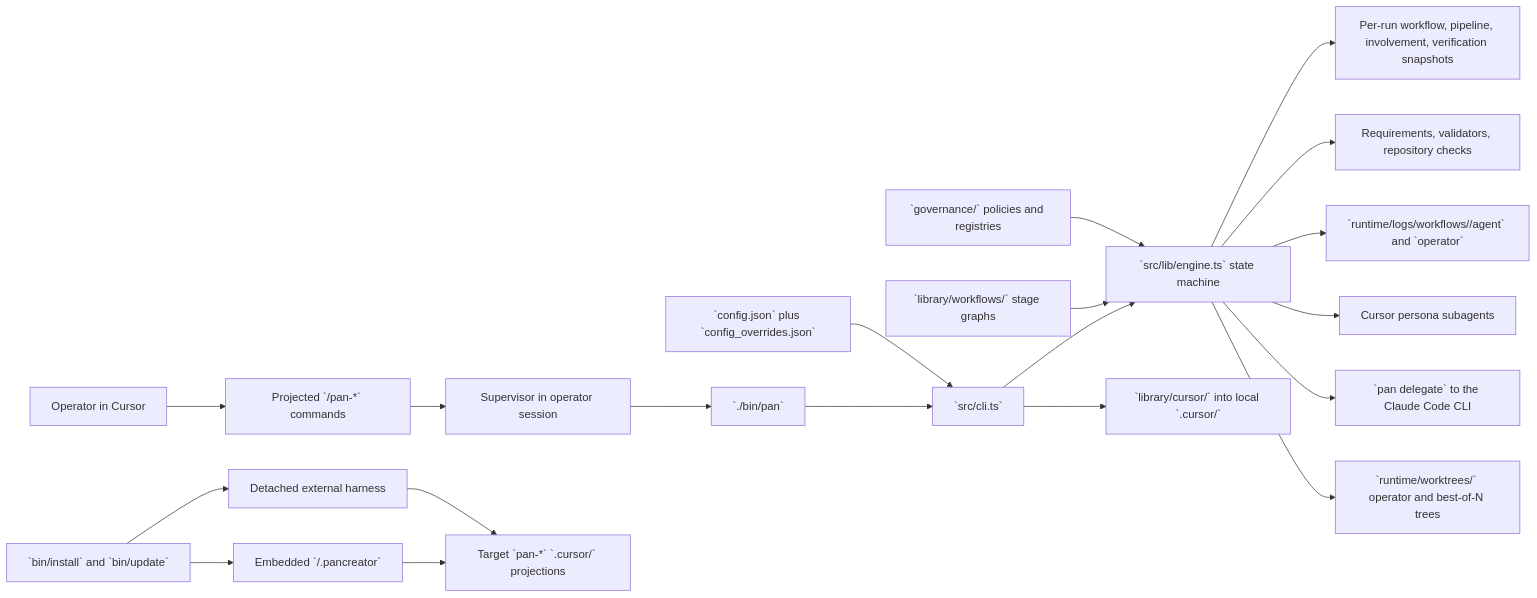
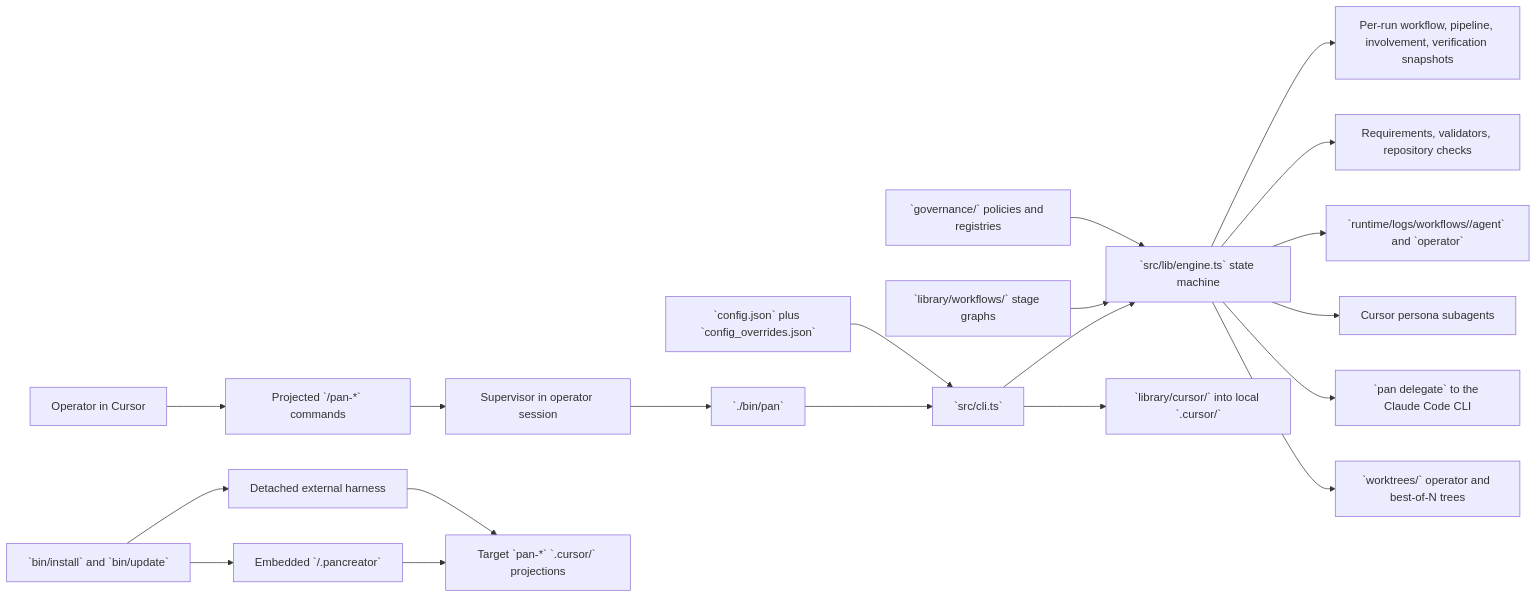
The diagram in docs/target-repo-primer.md (alenlukic/pancreator), drawn with Mermaid before and after one commit. The commit also changed other lines of this file and 49 other files, not shown here.

First line of the commit message:
release: v4.7.0 Move new operator and best-of-N worktrees to the top-level worktrees/ root…

````diff
--- a/docs/target-repo-primer.md
+++ b/docs/target-repo-primer.md
@@ -58,22 +58,22 @@
 ```mermaid
 flowchart LR
   Operator[Operator in Cursor] --> Commands[Projected `/pan-*` commands]
   Commands --> Supervisor[Supervisor in operator session]
   Supervisor --> Pan[`./bin/pan`]
   Pan --> CLI[`src/cli.ts`]
   CLI --> Engine[`src/lib/engine.ts` state machine]
   Config[`config.json` plus `config_overrides.json`] --> CLI
   Workflows[`library/workflows/` stage graphs] --> Engine
   Governance[`governance/` policies and registries] --> Engine
   Engine --> Snapshots[Per-run workflow, pipeline, involvement, verification snapshots]
   Engine --> Requirements[Requirements, validators, repository checks]
   Engine --> Runtime[`runtime/logs/workflows/<run-id>/agent` and `operator`]
   Engine --> CursorWorkers[Cursor persona subagents]
   Engine --> External[`pan delegate` to the Claude Code CLI]
-  Engine --> Worktrees[`runtime/worktrees/` operator and best-of-N trees]
+  Engine --> Worktrees[`worktrees/` operator and best-of-N trees]
   CLI --> Projection[`library/cursor/` into local `.cursor/`]
   Installer[`bin/install` and `bin/update`] --> Embedded[Embedded `<target>/.pancreator`]
   Installer --> Detached[Detached external harness]
   Embedded --> TargetCursor[Target `pan-*` `.cursor/` projections]
   Detached --> TargetCursor
 ```
````
